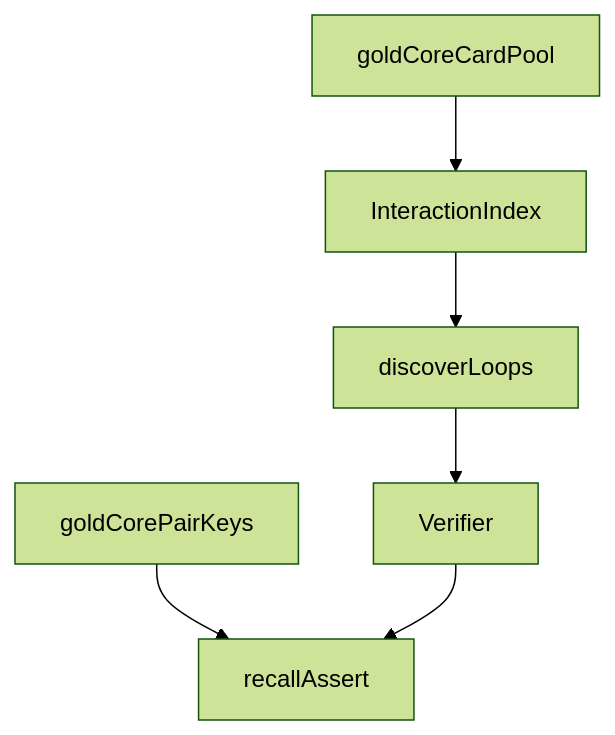
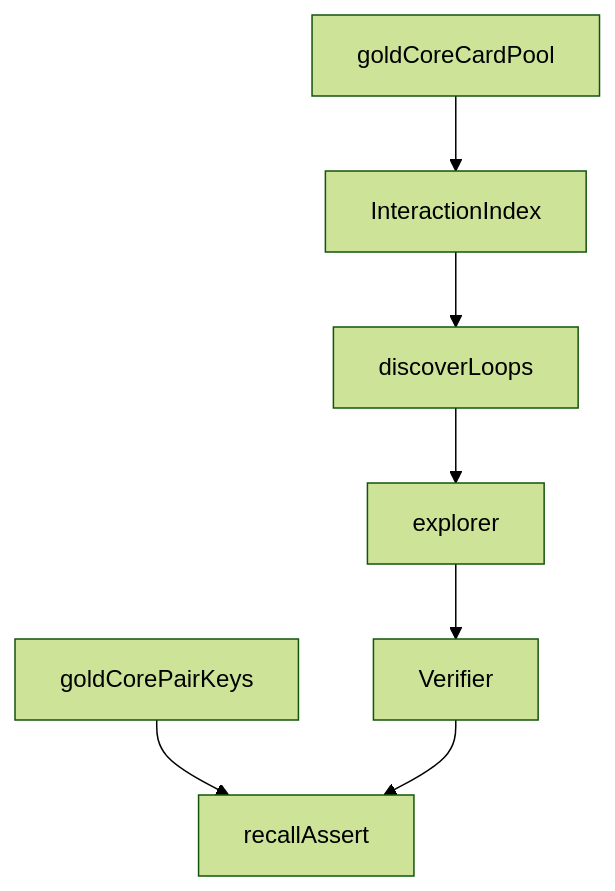
The diagram in tests/discovery/README.md (witzbeck/mtg-loop-engine), drawn with Mermaid (forest theme) before and after one commit. The commit also changed 11 other files, not shown here.

````diff
--- a/tests/discovery/README.md
+++ b/tests/discovery/README.md
@@ -9,8 +9,9 @@
 ```mermaid
 graph TB;
   pool[goldCoreCardPool] --> index[InteractionIndex];
   index --> discover[discoverLoops];
-  discover --> verifier[Verifier];
+  discover --> explorer[explorer];
+  explorer --> verifier[Verifier];
   goldKeys[goldCorePairKeys] --> recall[recallAssert];
   verifier --> recall;
 ```
````
